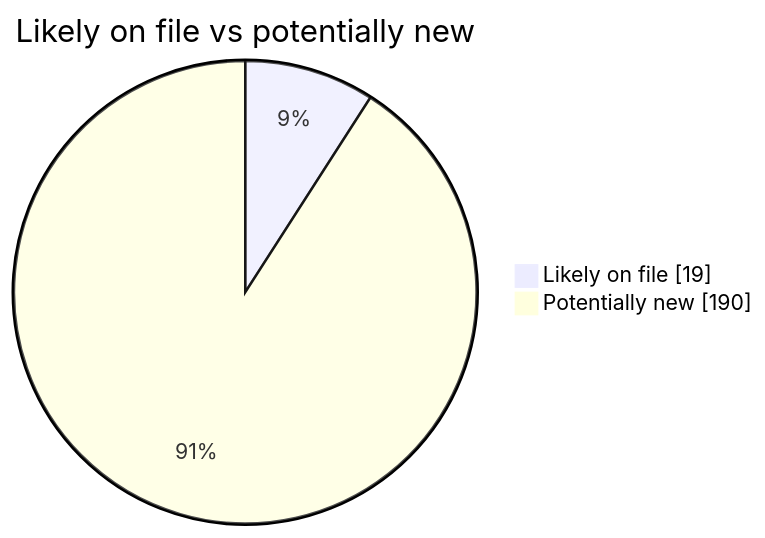
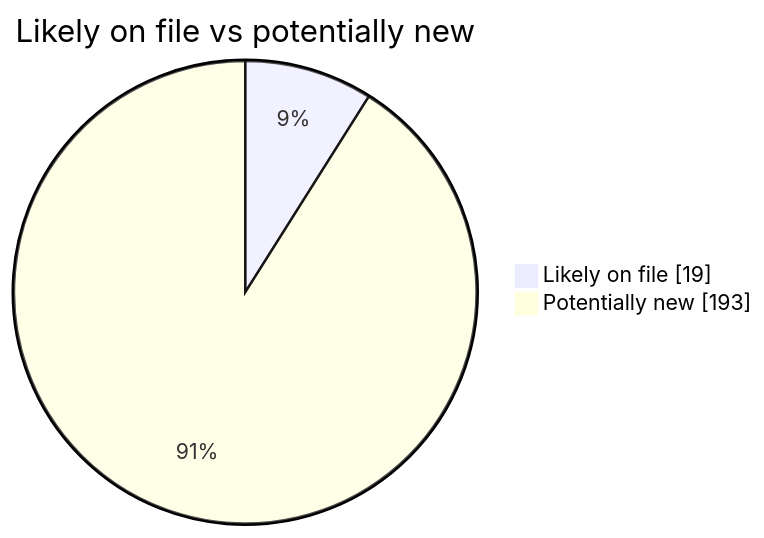
One commit to martinbalfanz/social-scanner-reports changed the second of 4 diagrams in README.md. Above: the diagram before and after it, drawn with Mermaid. The commit also changed other lines of this file and 2 other files, not shown here.

````diff
--- a/README.md
+++ b/README.md
@@ -40,5 +40,5 @@
 ```mermaid
 pie showData title Likely on file vs potentially new
     "Likely on file" : 19
-    "Potentially new" : 190
+    "Potentially new" : 193
 ```
````
